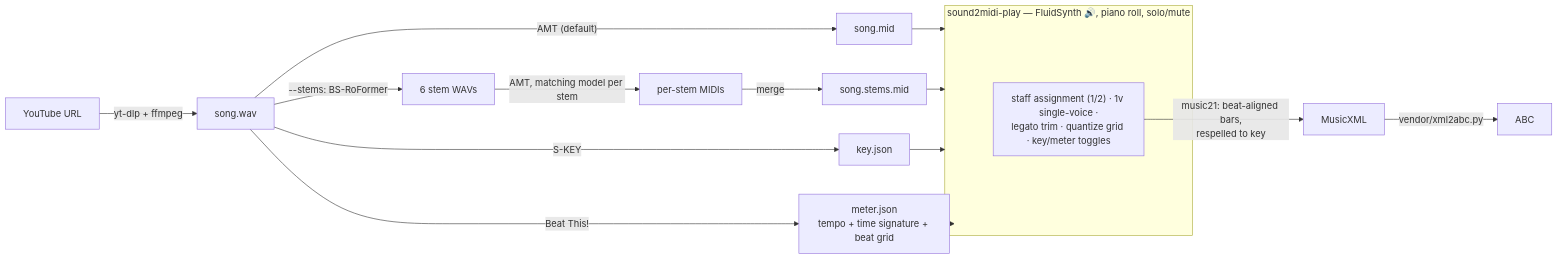
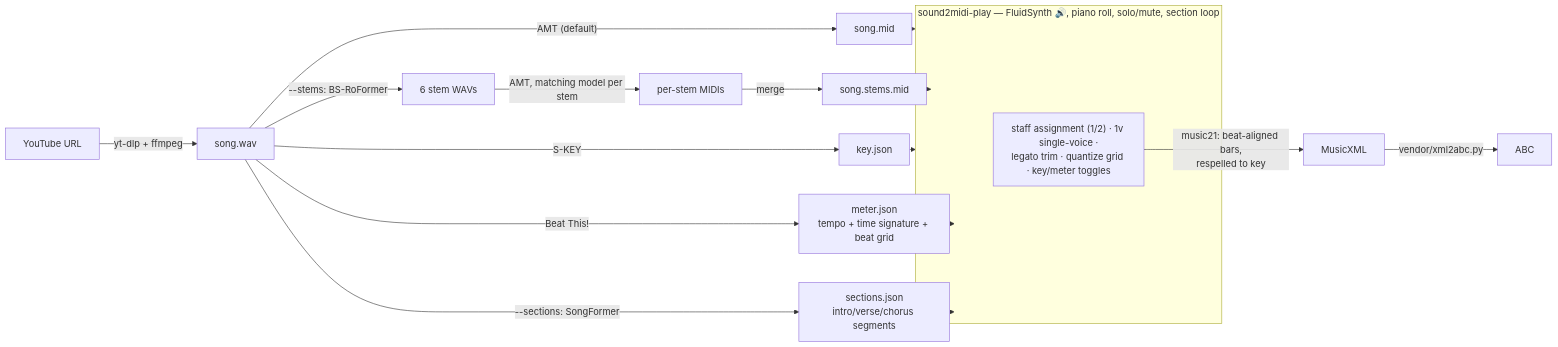
The diagram in README.md (vibetuned/sound2midi), drawn with Mermaid before and after one commit. The commit also changed other lines of this file and 8 other files, not shown here.

````diff
--- a/README.md
+++ b/README.md
@@ -13,24 +13,26 @@
 ```mermaid
 flowchart LR
     URL["YouTube URL"] -->|"yt-dlp + ffmpeg"| WAV["song.wav"]
 
     WAV -->|"AMT (default)"| MID["song.mid"]
     WAV -->|"--stems: BS-RoFormer"| STEMS["6 stem WAVs"]
     STEMS -->|"AMT, matching model per stem"| SMID["per-stem MIDIs"]
     SMID -->|"merge"| MERGED["song.stems.mid"]
 
     WAV -->|"S-KEY"| KEY["key.json"]
     WAV -->|"Beat This!"| METER["meter.json<br/>tempo + time signature + beat grid"]
+    WAV -->|"--sections: SongFormer"| SECTIONS["sections.json<br/>intro/verse/chorus segments"]
 
     MID --> PLAYER
     MERGED --> PLAYER
     KEY --> PLAYER
     METER --> PLAYER
+    SECTIONS --> PLAYER
 
-    subgraph PLAYER["sound2midi-play — FluidSynth 🔊, piano roll, solo/mute"]
+    subgraph PLAYER["sound2midi-play — FluidSynth 🔊, piano roll, solo/mute, section loop"]
         SEL["staff assignment (1/2) · 1v single-voice ·<br/>legato trim · quantize grid · key/meter toggles"]
     end
 
     SEL -->|"music21: beat-aligned bars,<br/>respelled to key"| XML["MusicXML"]
     XML -->|"vendor/xml2abc.py"| ABC["ABC"]
 ```
````
